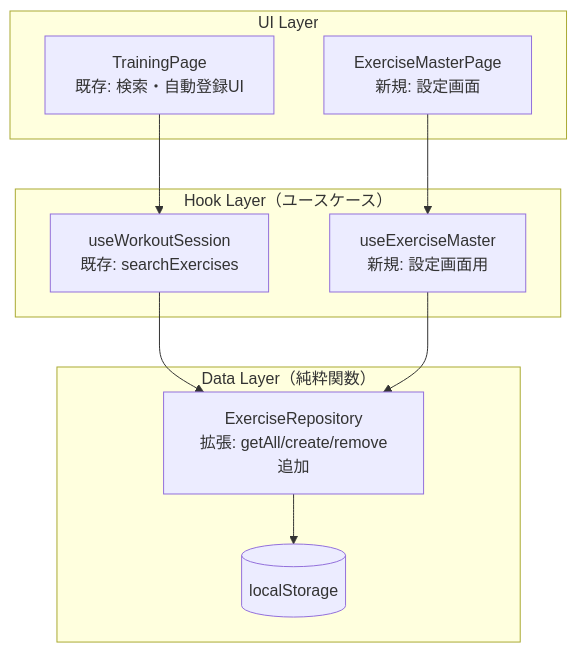
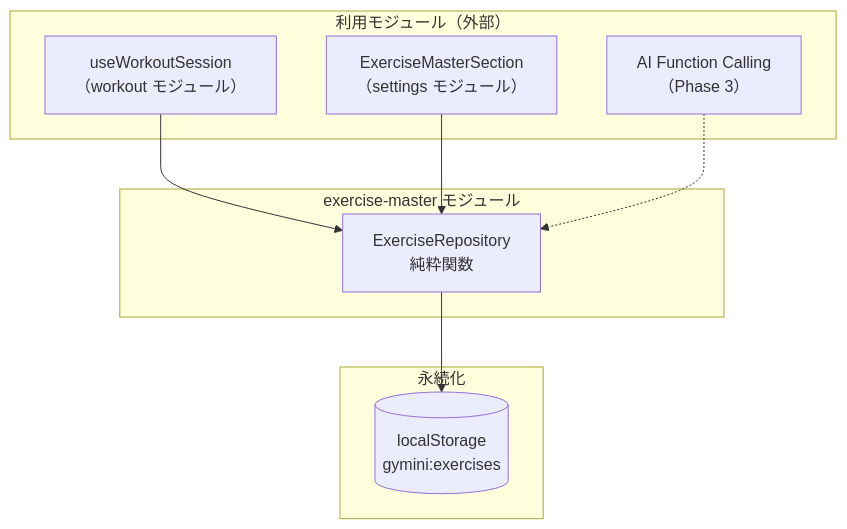
One commit to SakumaTakuya/gymini changed the diagram in .sdd/specification/exercise-master/index_design.md. Above: the diagram before and after it, drawn with Mermaid. The commit also changed other lines of this file and 1 other file, not shown here.

First line of the commit message:
refactor(spec): exercise-master仕様書をPRD・設定画面仕様と整合させて再生成 (#15)

````diff
--- a/.sdd/specification/exercise-master/index_design.md
+++ b/.sdd/specification/exercise-master/index_design.md
@@ -67,23 +62,21 @@
 ```mermaid
 graph TD
-    subgraph "UI Layer"
-        TP[TrainingPage<br/>既存: 検索・自動登録UI]
-        EMP[ExerciseMasterPage<br/>新規: 設定画面]
+    subgraph "利用モジュール（外部）"
+        HWS["useWorkoutSession<br/>（workout モジュール）"]
+        EMS["ExerciseMasterSection<br/>（settings モジュール）"]
+        AI["AI Function Calling<br/>（Phase 3）"]
     end
 
-    subgraph "Hook Layer（ユースケース）"
-        HWS[useWorkoutSession<br/>既存: searchExercises]
-        HEM[useExerciseMaster<br/>新規: 設定画面用]
+    subgraph "exercise-master モジュール"
+        ER[ExerciseRepository<br/>純粋関数]
     end
 
-    subgraph "Data Layer（純粋関数）"
-        ER[ExerciseRepository<br/>拡張: getAll/create/remove追加]
-        LS[(localStorage)]
+    subgraph "永続化"
+        LS[(localStorage<br/>gymini:exercises)]
     end
 
-    TP --> HWS
-    EMP --> HEM
     HWS --> ER
-    HEM --> ER
+    EMS --> ER
+    AI -.-> ER
     ER --> LS
 ```
````
